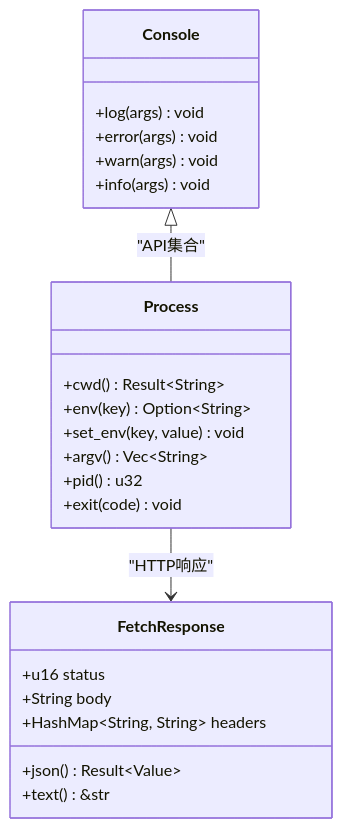
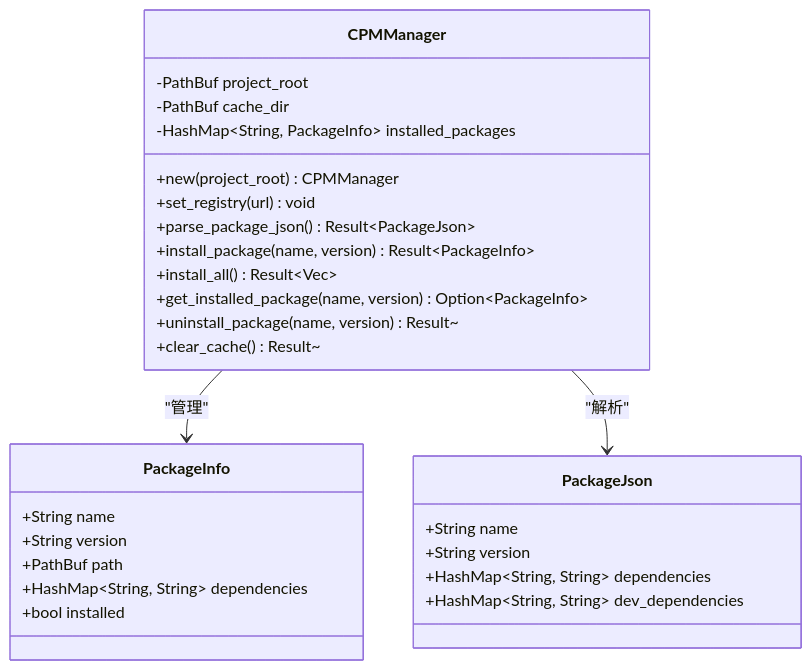
The fourth of 22 diagrams in .qoder/repowiki/zh/content/技术架构详解/JS沙箱运行时/Iris-JetCrab运行时.md (itszzl-sudo/iris), drawn with Mermaid before and after one commit. The commit also changed other lines of this file and 12 other files, not shown here.

````diff
--- a/.qoder/repowiki/zh/content/技术架构详解/JS沙箱运行时/Iris-JetCrab运行时.md
+++ b/.qoder/repowiki/zh/content/技术架构详解/JS沙箱运行时/Iris-JetCrab运行时.md
@@ -196,26 +252,31 @@
 ```mermaid
 classDiagram
-class Console {
-+log(args) void
-+error(args) void
-+warn(args) void
-+info(args) void
+class PackageInfo {
++String name
++String version
++PathBuf path
++HashMap~String, String~ dependencies
++bool installed
 }
-class Process {
-+cwd() Result~String~
-+env(key) Option~String~
-+set_env(key, value) void
-+argv() Vec~String~
-+pid() u32
-+exit(code) void
+class PackageJson {
++String name
++String version
++HashMap~String, String~ dependencies
++HashMap~String, String~ dev_dependencies
 }
-class FetchResponse {
-+u16 status
-+String body
-+HashMap~String, String~ headers
-+json() Result~Value~
-+text() &str
+class CPMManager {
+-PathBuf project_root
+-PathBuf cache_dir
+-HashMap~String, PackageInfo~ installed_packages
++new(project_root) CPMManager
++set_registry(url) void
++parse_package_json() Result~PackageJson~
++install_package(name, version) Result~PackageInfo~
++install_all() Result~Vec~
++get_installed_package(name, version) Option~PackageInfo~
++uninstall_package(name, version) Result~
++clear_cache() Result~
 }
-Console <|-- Process : "API集合"
-Process --> FetchResponse : "HTTP响应"
+CPMManager --> PackageInfo : "管理"
+CPMManager --> PackageJson : "解析"
 ```
````
